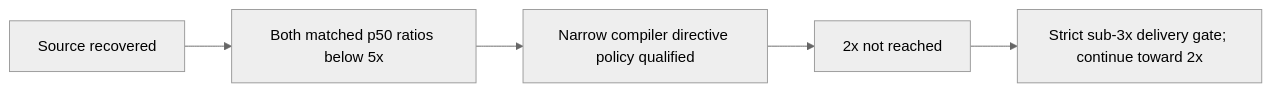
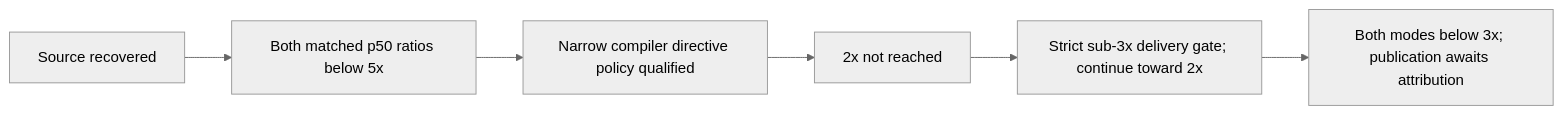
The first of 58 diagrams in docs/planning/timeline.md (Resnovas/Eventiva), drawn with Mermaid (neutral theme) before and after one commit. The commit also changed other lines of this file and 1 other file, not shown here.

````diff
--- a/docs/planning/timeline.md
+++ b/docs/planning/timeline.md
@@ -23,7 +29,8 @@
 ```mermaid
 flowchart LR
     Transfer[Source recovered] --> Measure[Both matched p50 ratios below 5x]
     Measure --> Policy[Narrow compiler directive policy qualified]
     Policy --> Verify[2x not reached]
     Verify --> Decide[Strict sub-3x delivery gate; continue toward 2x]
+    Decide --> Credit[Both modes below 3x; publication awaits attribution]
 ```
````
